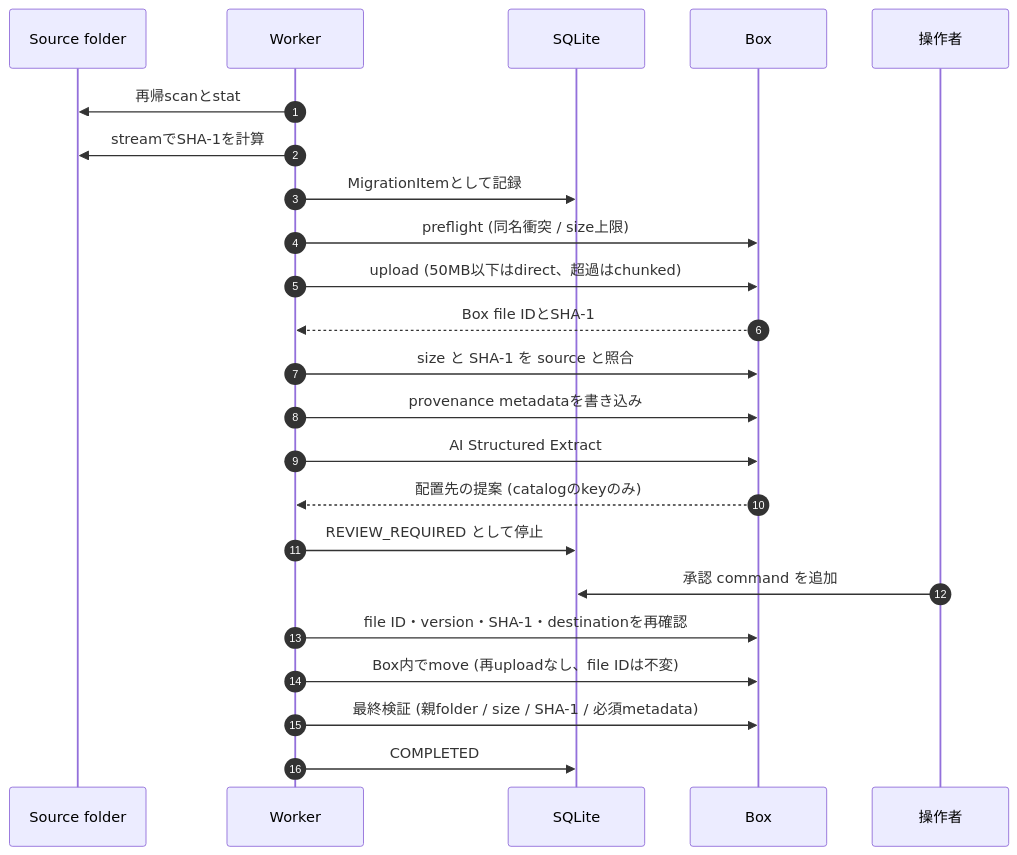
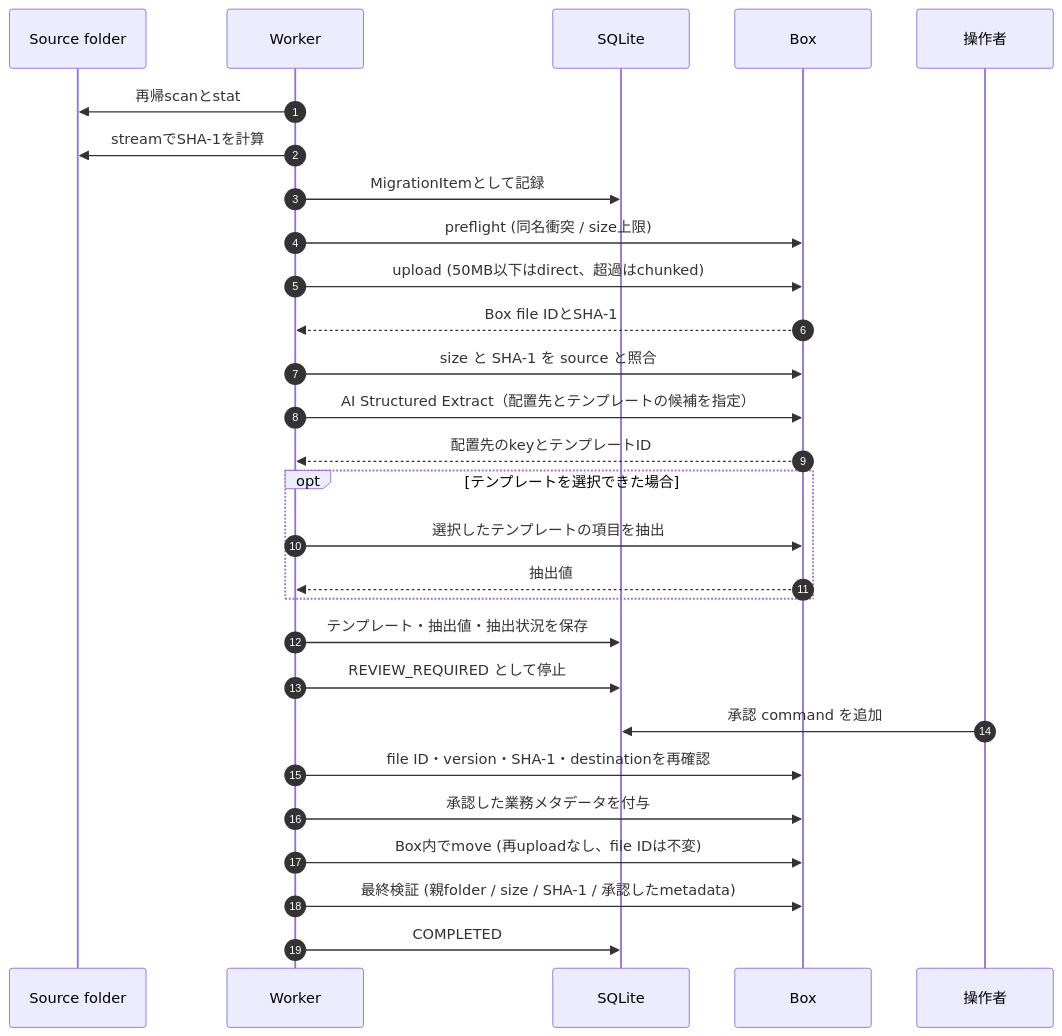
One commit to moodblu3-sys/shuttle-lite changed the third of 6 diagrams in README.md. Above: the diagram before and after it, drawn with Mermaid. The commit also changed other lines of this file and 12 other files, not shown here.

````diff
--- a/README.md
+++ b/README.md
@@ -132,26 +153,31 @@
 ```mermaid
 sequenceDiagram
   autonumber
   participant S as Source folder
   participant W as Worker
   participant D as SQLite
   participant B as Box
   participant H as 操作者
 
   W->>S: 再帰scanとstat
   W->>S: streamでSHA-1を計算
   W->>D: MigrationItemとして記録
   W->>B: preflight (同名衝突 / size上限)
   W->>B: upload (50MB以下はdirect、超過はchunked)
   B-->>W: Box file IDとSHA-1
   W->>B: size と SHA-1 を source と照合
-  W->>B: provenance metadataを書き込み
-  W->>B: AI Structured Extract
-  B-->>W: 配置先の提案 (catalogのkeyのみ)
+  W->>B: AI Structured Extract（配置先とテンプレートの候補を指定）
+  B-->>W: 配置先のkeyとテンプレートID
+  opt テンプレートを選択できた場合
+    W->>B: 選択したテンプレートの項目を抽出
+    B-->>W: 抽出値
+  end
+  W->>D: テンプレート・抽出値・抽出状況を保存
   W->>D: REVIEW_REQUIRED として停止
   H->>D: 承認 command を追加
   W->>B: file ID・version・SHA-1・destinationを再確認
+  W->>B: 承認した業務メタデータを付与
   W->>B: Box内でmove (再uploadなし、file IDは不変)
-  W->>B: 最終検証 (親folder / size / SHA-1 / 必須metadata)
+  W->>B: 最終検証 (親folder / size / SHA-1 / 承認したmetadata)
   W->>D: COMPLETED
 ```
````
